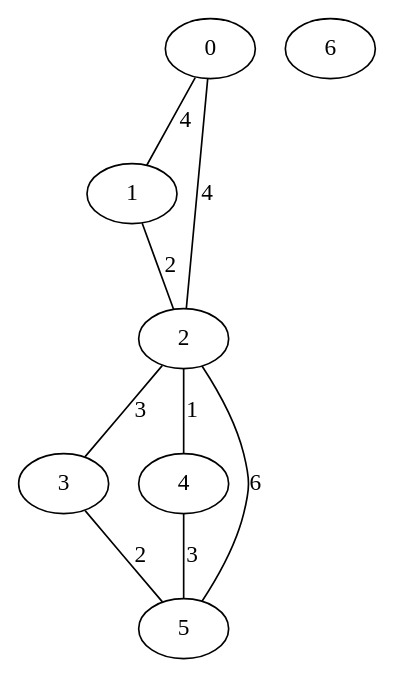
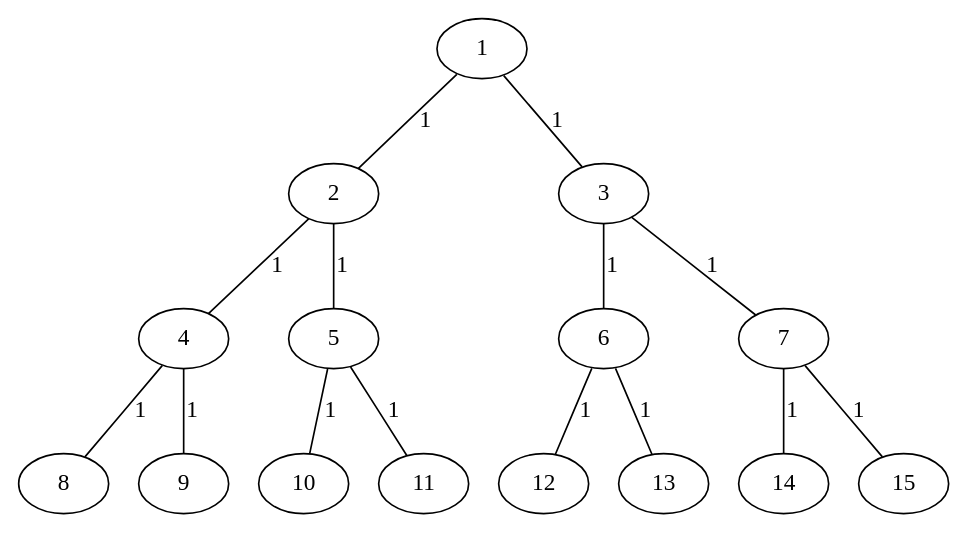
The diagram in graph.dot (joaopsramos/graph-n2), drawn with Graphviz before and after one commit. The commit also changed 3 other files, not shown here.

```diff
--- a/graph.dot
+++ b/graph.dot
@@ -1,17 +1,31 @@
 graph { 
-    0 [label="0"]
     1 [label="1"]
     2 [label="2"]
     3 [label="3"]
     4 [label="4"]
     5 [label="5"]
     6 [label="6"]
-    0 -- 1 [label="4"]
-    0 -- 2 [label="4"]
-    1 -- 2 [label="2"]
-    2 -- 3 [label="3"]
+    7 [label="7"]
+    8 [label="8"]
+    9 [label="9"]
+    10 [label="10"]
+    11 [label="11"]
+    12 [label="12"]
+    13 [label="13"]
+    14 [label="14"]
+    15 [label="15"]
+    1 -- 2 [label="1"]
+    1 -- 3 [label="1"]
     2 -- 4 [label="1"]
-    2 -- 5 [label="6"]
-    3 -- 5 [label="2"]
-    4 -- 5 [label="3"]
+    2 -- 5 [label="1"]
+    4 -- 8 [label="1"]
+    4 -- 9 [label="1"]
+    5 -- 10 [label="1"]
+    5 -- 11 [label="1"]
+    3 -- 6 [label="1"]
+    3 -- 7 [label="1"]
+    6 -- 12 [label="1"]
+    6 -- 13 [label="1"]
+    7 -- 14 [label="1"]
+    7 -- 15 [label="1"]
 }
```
